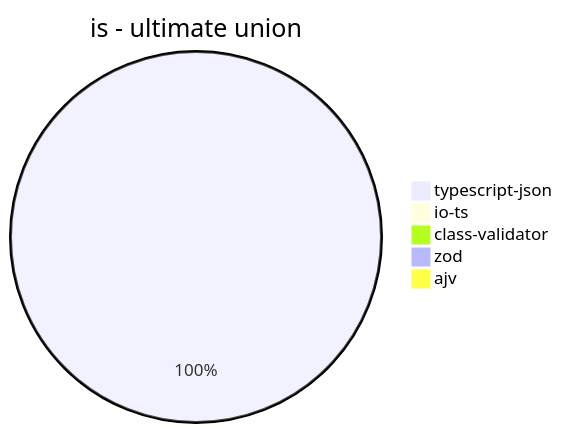
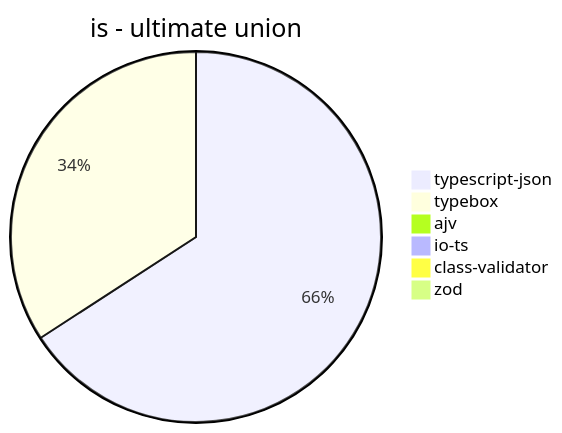
One commit to samchon/typia changed the eighth of 39 diagrams in benchmark/results/AMD Ryzen 9 5900HX with Radeon Graphics.md. Above: the diagram before and after it, drawn with Mermaid. The commit also changed other lines of this file and 7 other files, not shown here.

````diff
--- a/benchmark/results/AMD Ryzen 9 5900HX with Radeon Graphics.md
+++ b/benchmark/results/AMD Ryzen 9 5900HX with Radeon Graphics.md
@@ -91,8 +98,9 @@
 ```mermaid
 pie title is - ultimate union
-  "typescript-json": 654.9909255898367
+  "typescript-json": 601.8148820326679
+  "typebox": 312.29357798165137
+  "ajv": 0
   "io-ts": 0
   "class-validator": 0
-  "zod": 0
-  "ajv": 0
+  "zod": 0.3575898444484177
 ```
````
